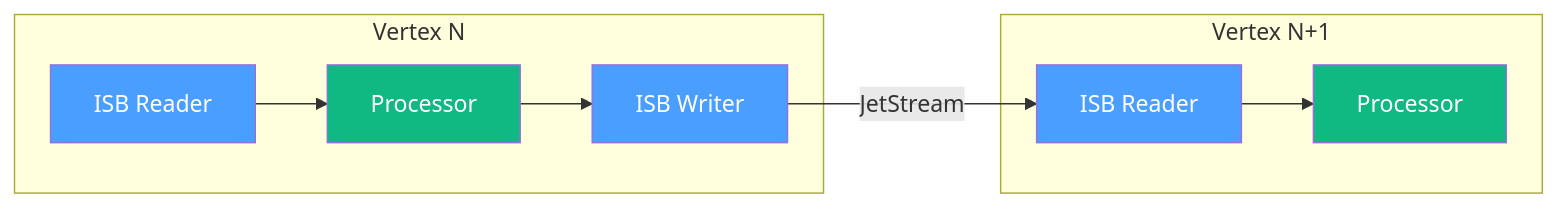
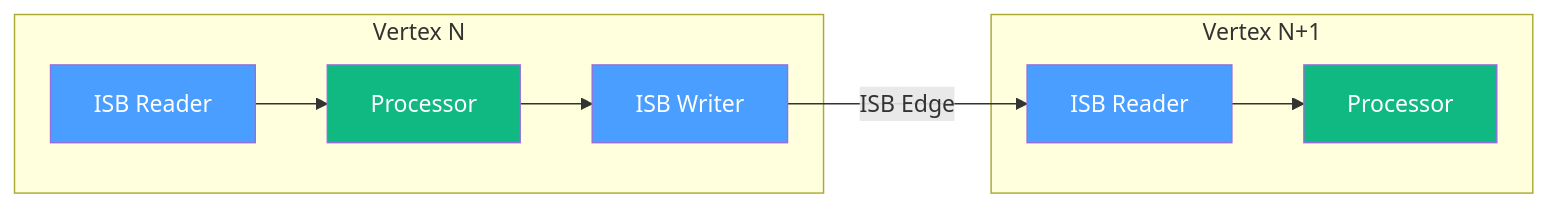
One commit to numaproj/numaflow changed the first of 8 diagrams in docs/core-concepts/streaming.md. Above: the diagram before and after it, drawn with Mermaid. The commit also changed other lines of this file and 1 other file, not shown here.

````diff
--- a/docs/core-concepts/streaming.md
+++ b/docs/core-concepts/streaming.md
@@ -17,19 +19,19 @@
 ```mermaid
 flowchart LR
     subgraph "Vertex N"
         ISB_R[ISB Reader] --> Processor
         Processor --> ISB_W[ISB Writer]
     end
     
     subgraph "Vertex N+1"
         ISB_R2[ISB Reader] --> Processor2[Processor]
     end
     
-    ISB_W -->|JetStream| ISB_R2
+    ISB_W -->|ISB Edge| ISB_R2
     
     style ISB_R fill:#4a9eff,color:#fff
     style ISB_W fill:#4a9eff,color:#fff
     style Processor fill:#10b981,color:#fff
     style ISB_R2 fill:#4a9eff,color:#fff
     style Processor2 fill:#10b981,color:#fff
 ```
````
